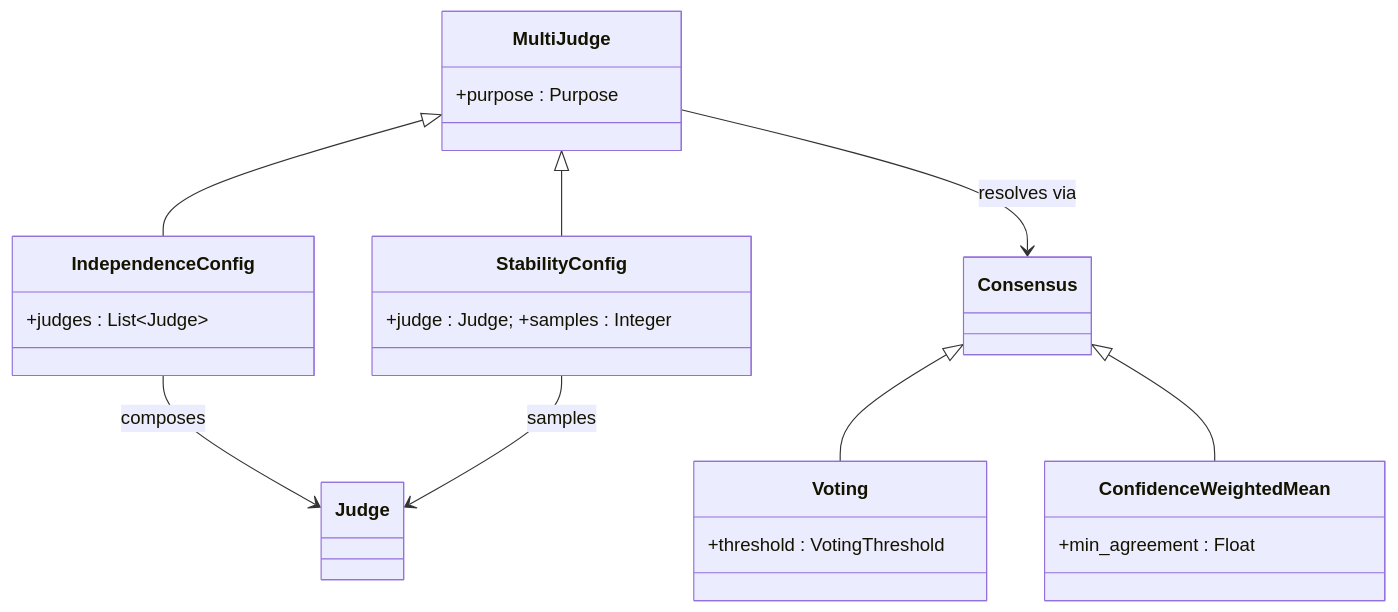
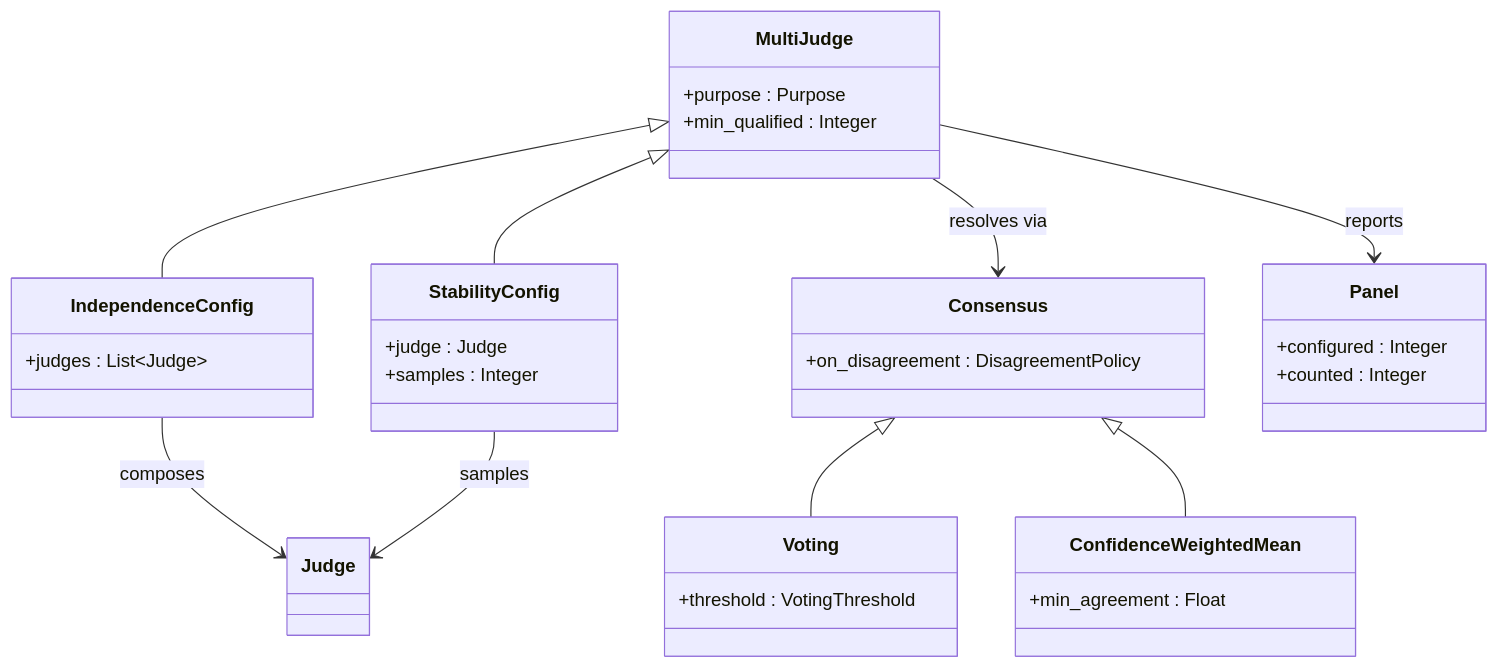
The sixth of 8 diagrams in appendices/appendix-e-uml-diagrams.md (igorakymenko-create/AQEF), drawn with Mermaid before and after one commit. The commit also changed other lines of this file and 6 other files, not shown here.

````diff
--- a/appendices/appendix-e-uml-diagrams.md
+++ b/appendices/appendix-e-uml-diagrams.md
@@ -171,18 +277,37 @@
 ```mermaid
 classDiagram
-    class MultiJudge { +purpose : Purpose }
-    class IndependenceConfig { +judges : List~Judge~ }
-    class StabilityConfig { +judge : Judge; +samples : Integer }
+    class MultiJudge {
+        +purpose : Purpose
+        +min_qualified : Integer
+    }
+    class IndependenceConfig {
+        +judges : List~Judge~
+    }
+    class StabilityConfig {
+        +judge : Judge
+        +samples : Integer
+    }
     class Judge
-    class Consensus
-    class Voting { +threshold : VotingThreshold }
-    class ConfidenceWeightedMean { +min_agreement : Float }
+    class Consensus {
+        +on_disagreement : DisagreementPolicy
+    }
+    class Voting {
+        +threshold : VotingThreshold
+    }
+    class ConfidenceWeightedMean {
+        +min_agreement : Float
+    }
+    class Panel {
+        +configured : Integer
+        +counted : Integer
+    }
 
     MultiJudge <|-- IndependenceConfig
     MultiJudge <|-- StabilityConfig
     IndependenceConfig --> Judge : composes
     StabilityConfig --> Judge : samples
     MultiJudge --> Consensus : resolves via
     Consensus <|-- Voting
     Consensus <|-- ConfidenceWeightedMean
+    MultiJudge --> Panel : reports
 ```
````
